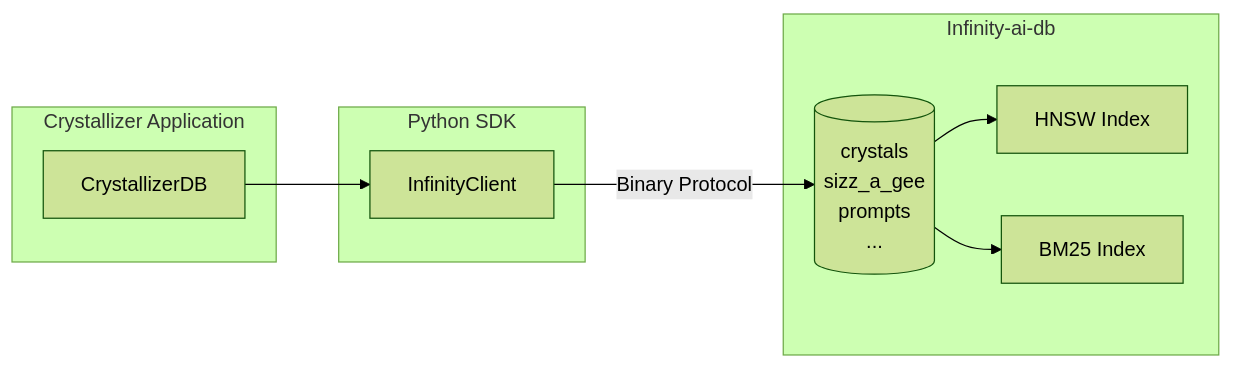
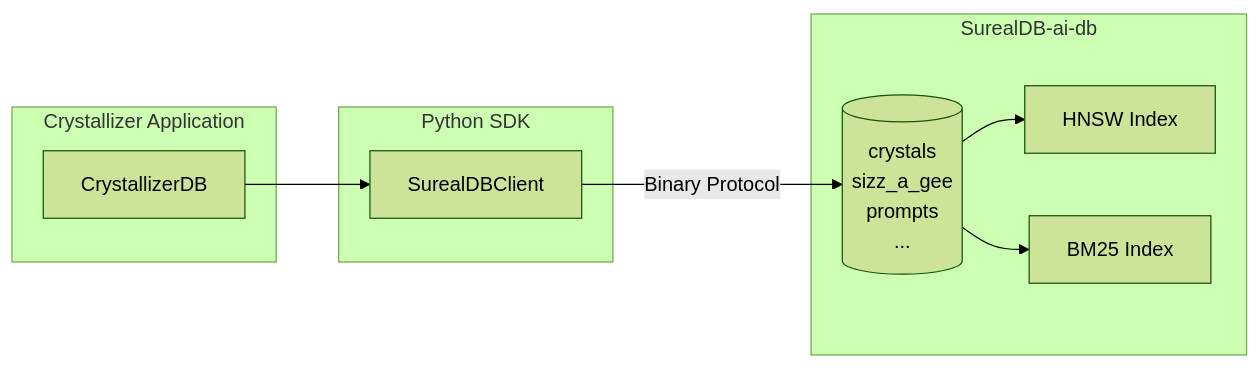
Before and after one commit to Node0/crystallizer: the ninth of 10 diagrams in design_docs/ARCHITECTURE.md, drawn with Mermaid (forest theme). The commit also changed other lines of this file and 3 other files, not shown here.

````diff
--- a/design_docs/ARCHITECTURE.md
+++ b/design_docs/ARCHITECTURE.md
@@ -466,21 +466,21 @@
 ```mermaid
 flowchart LR
     subgraph App["Crystallizer Application"]
         CDB[CrystallizerDB]
     end
     
     subgraph SDK["Python SDK"]
-        IC[InfinityClient]
+        IC[SurealDBClient]
     end
     
-    subgraph DB["Infinity-ai-db"]
+    subgraph DB["SurealDB-ai-db"]
         Tables[(crystals<br/>sizz_a_gee<br/>prompts<br/>...)]
         HNSW[HNSW Index]
         BM25[BM25 Index]
     end
     
     CDB --> IC
     IC -->|Binary Protocol| Tables
     Tables --> HNSW
     Tables --> BM25
 ```
````
